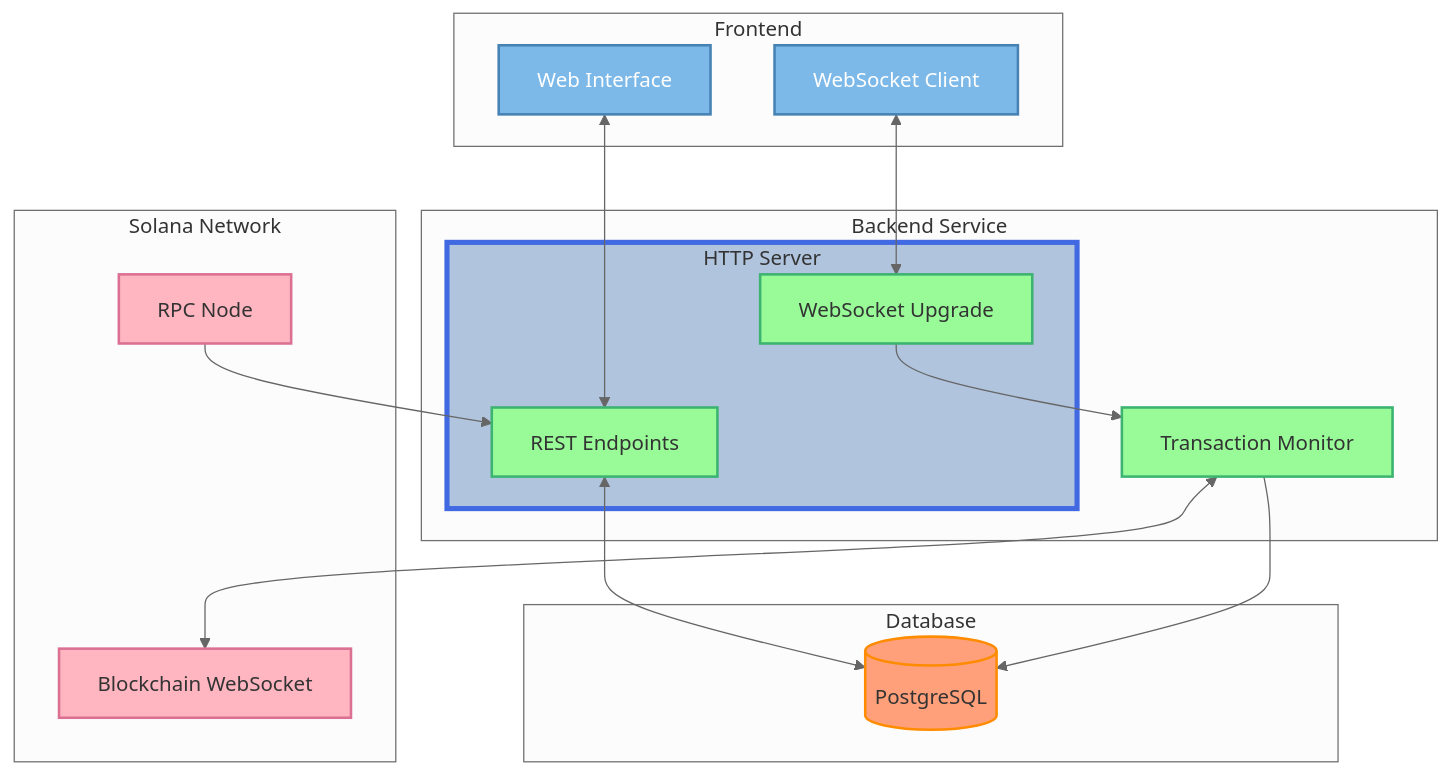
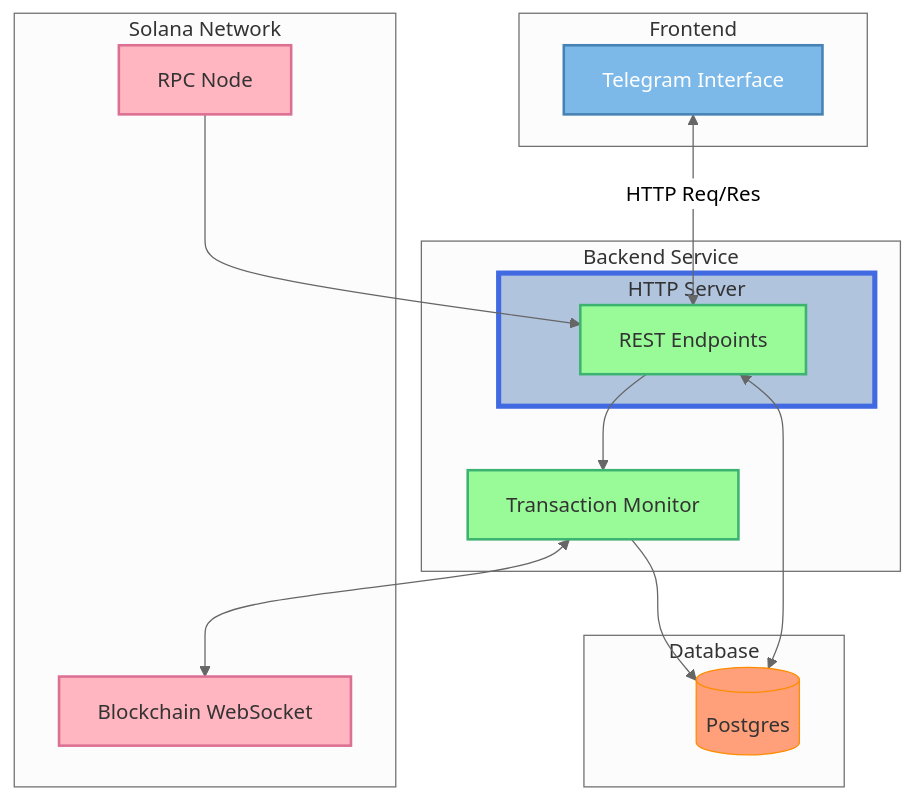
Before and after one commit to jakobsym/aura: the diagram in README.md, drawn with Mermaid (neutral theme).

Commit message:
update arch diagram to more relevant version, still WIP

````diff
--- a/README.md
+++ b/README.md
@@ -2,44 +2,45 @@
 ```mermaid
 flowchart TD
     subgraph UI[Frontend]
-        WEB[Web Interface]
-        WS_CLIENT[WebSocket Client]
+        WEB[Telegram Interface]
     end
 
     subgraph Backend[Backend Service]
         subgraph HTTP_SERVER[HTTP Server]
             API[REST Endpoints]
-            WS[WebSocket Upgrade]
         end
         MONITOR[Transaction Monitor]
     end
 
     subgraph Database[Database]
-        DB[(PostgreSQL)]
+        DB[(Postgres)]
     end
 
     subgraph Blockchain[Solana Network]
         RPC[RPC Node]
         BC_WS[Blockchain WebSocket]
     end
 
-    WEB <--> API
-    WS_CLIENT <--> WS
+    %% Bi-directional Flows
+    WEB <--> |HTTP Req/Res| API
     API <--> DB
     RPC --> API
-    WS --> MONITOR
     MONITOR <--> BC_WS
     MONITOR --> DB
+    API --> MONITOR
 
+    %% Modern, softer color palette
     classDef frontend fill:#7CB9E8,stroke:#4682B4,stroke-width:2px,color:white
     classDef backend fill:#98FB98,stroke:#3CB371,stroke-width:2px,color:#333
     classDef blockchain fill:#FFB6C1,stroke:#DB7093,stroke-width:2px,color:#333
-    classDef database fill:#FFA07A,stroke:#FF8C00,stroke-width:2px,color:#333
+    classDef database fill:#FFA07A,stroke:#FF8C00,stroke-width:1px,color:#333
     classDef server fill:#B0C4DE,stroke:#4169E1,stroke-width:4px,color:#333
+   
 
-    class WEB,WS_CLIENT frontend
-    class API,WS,MONITOR backend
+    class WEB,API,MONITOR,DB,RPC,BC_WS uniform
+    class WEB frontend
+    class API,MONITOR backend
     class HTTP_SERVER server
     class RPC,BC_WS blockchain
     class DB database
 ```
````
